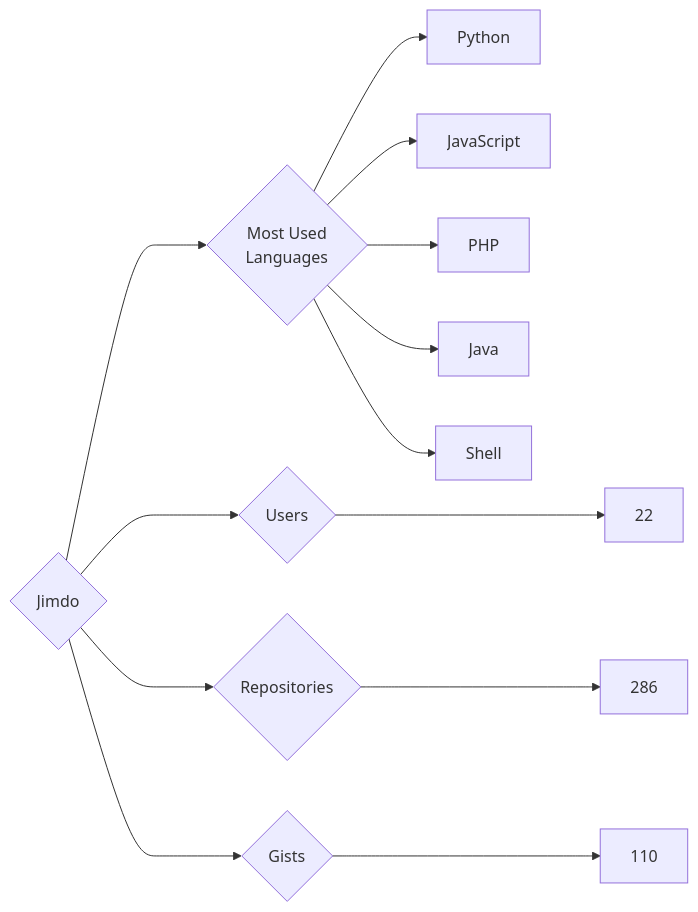
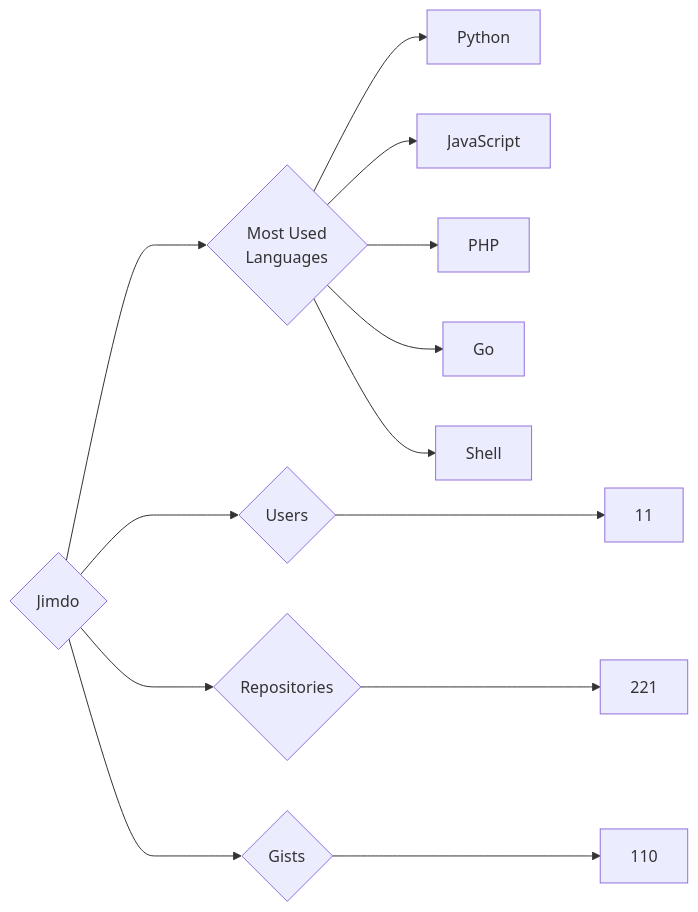
The diagram in targets/Jimdo/README.md (trickest/insiders), drawn with Mermaid before and after one commit. The commit also changed 775 other files, not shown here.

````diff
--- a/targets/Jimdo/README.md
+++ b/targets/Jimdo/README.md
@@ -3,13 +3,13 @@
 ```mermaid
 graph LR
 COMPANY_NAME{Jimdo}
-COMPANY_NAME ---> U{Users} ---> UN[22]
-COMPANY_NAME ---> R{Repositories} ---> RN[286]
+COMPANY_NAME ---> U{Users} ---> UN[11]
+COMPANY_NAME ---> R{Repositories} ---> RN[221]
 COMPANY_NAME ---> G{Gists} ---> GN[110]
 COMPANY_NAME ---> ML{Most Used<br>Languages}
 ML --> Python[Python]
 ML --> JavaScript[JavaScript]
 ML --> PHP[PHP]
-ML --> Java[Java]
+ML --> Go[Go]
 ML --> Shell[Shell]
 ```
````
